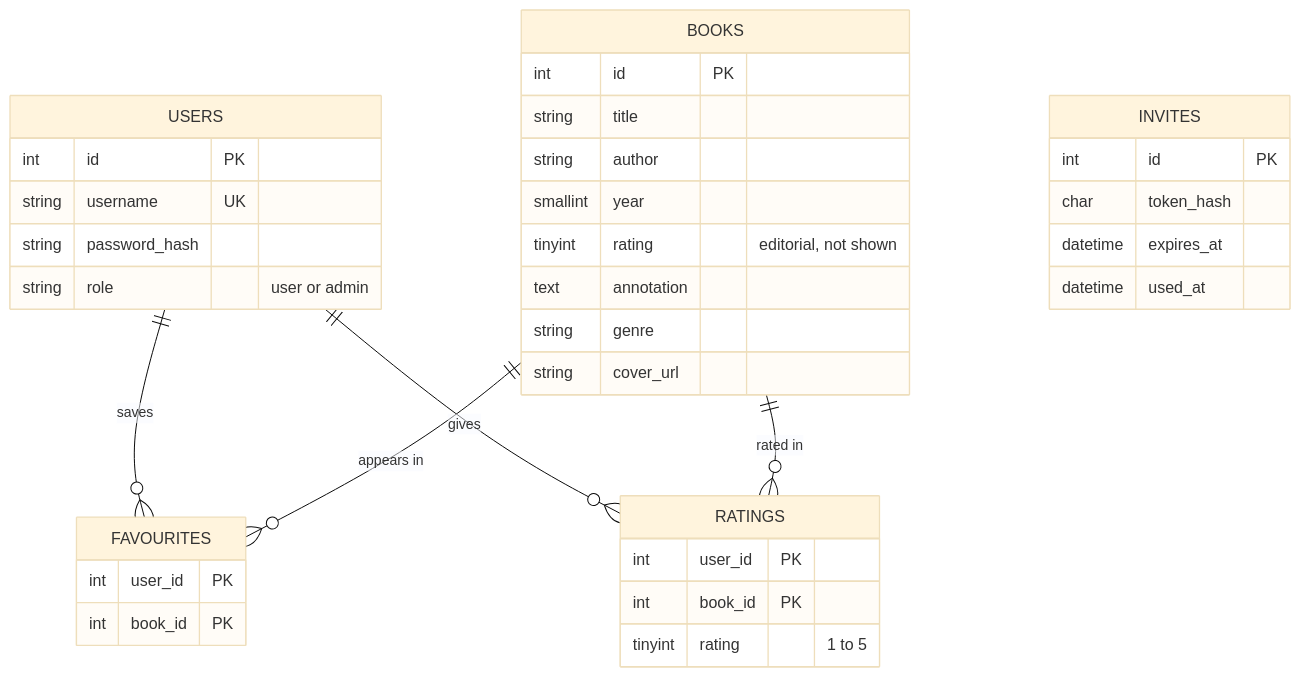
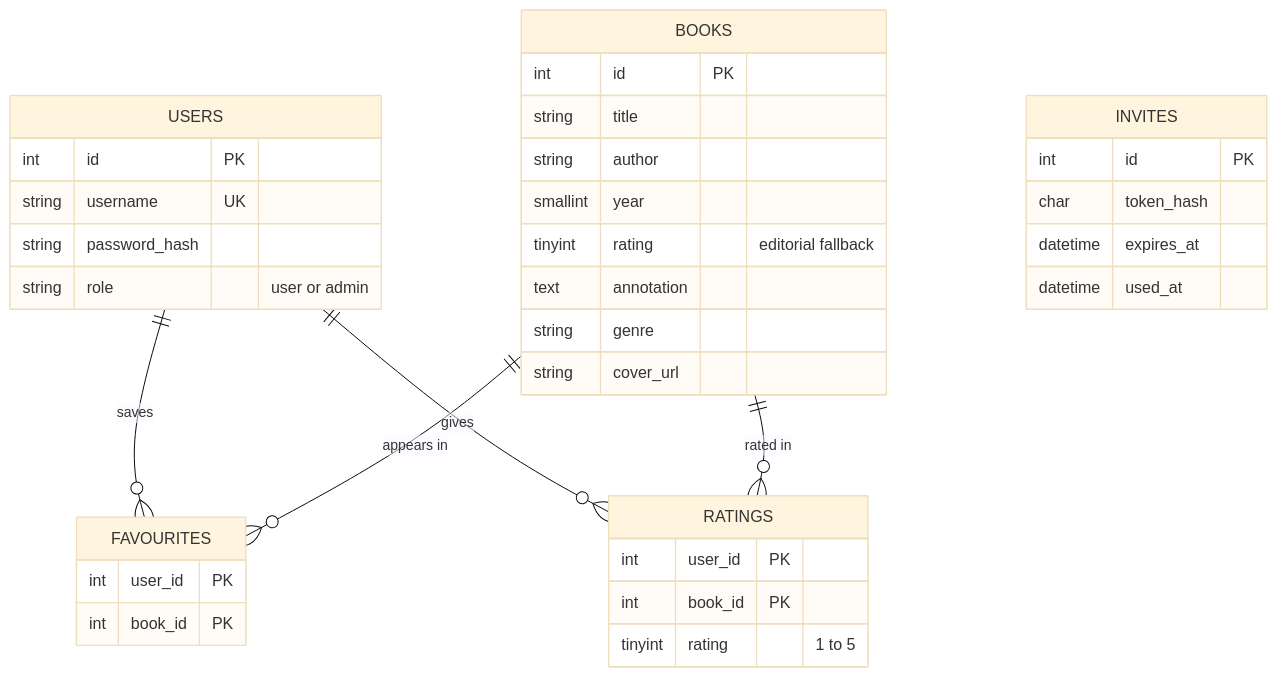
One commit to krecejac/portfolio changed the first of 3 diagrams in book-catalog/docs/ARCHITECTURE.md. Above: the diagram before and after it, drawn with Mermaid (base theme). The commit also changed other lines of this file and 4 other files, not shown here.

Commit message:
book-catalog: cascade deletes via foreign keys and fall back to the editorial rating

````diff
--- a/book-catalog/docs/ARCHITECTURE.md
+++ b/book-catalog/docs/ARCHITECTURE.md
@@ -33,38 +33,38 @@
 ```mermaid
 erDiagram
     USERS ||--o{ FAVOURITES : saves
     USERS ||--o{ RATINGS : gives
     BOOKS ||--o{ FAVOURITES : "appears in"
     BOOKS ||--o{ RATINGS : "rated in"
     USERS {
         int id PK
         string username UK
         string password_hash
         string role "user or admin"
     }
     BOOKS {
         int id PK
         string title
         string author
         smallint year
-        tinyint rating "editorial, not shown"
+        tinyint rating "editorial fallback"
         text annotation
         string genre
         string cover_url
     }
     FAVOURITES {
         int user_id PK
         int book_id PK
     }
     RATINGS {
         int user_id PK
         int book_id PK
         tinyint rating "1 to 5"
     }
     INVITES {
         int id PK
         char token_hash
         datetime expires_at
         datetime used_at
     }
 ```
````
